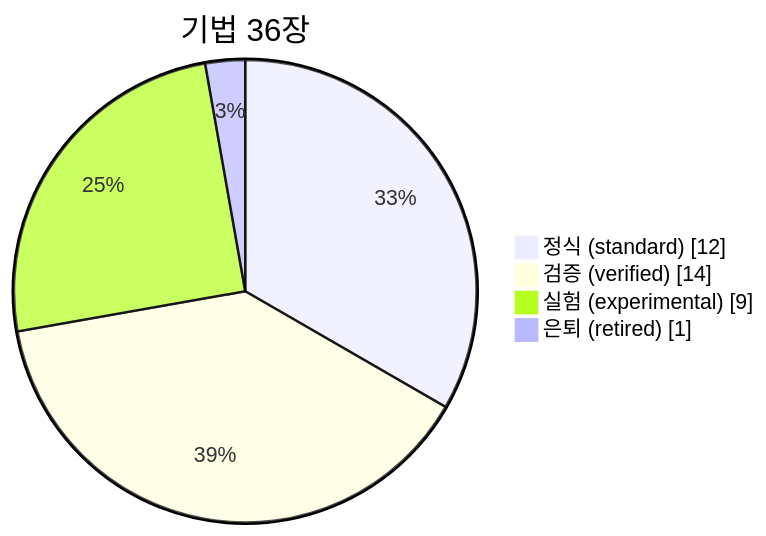
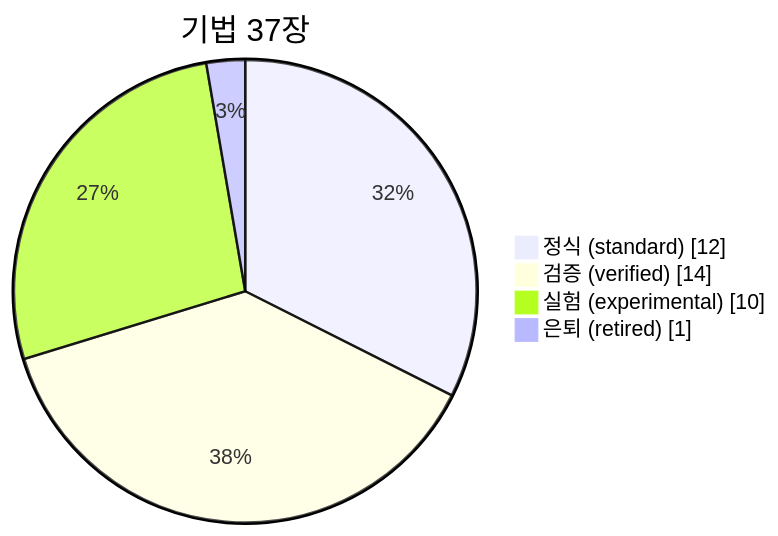
One commit to csbakk/clone-kb changed the diagram in README.md. Above: the diagram before and after it, drawn with Mermaid. The commit also changed other lines of this file and 2 other files, not shown here.

````diff
--- a/README.md
+++ b/README.md
@@ -31,8 +32,8 @@
 ```mermaid
 pie showData
-    title 기법 36장
+    title 기법 37장
     "정식 (standard)" : 12
     "검증 (verified)" : 14
-    "실험 (experimental)" : 9
+    "실험 (experimental)" : 10
     "은퇴 (retired)" : 1
 ```
````
